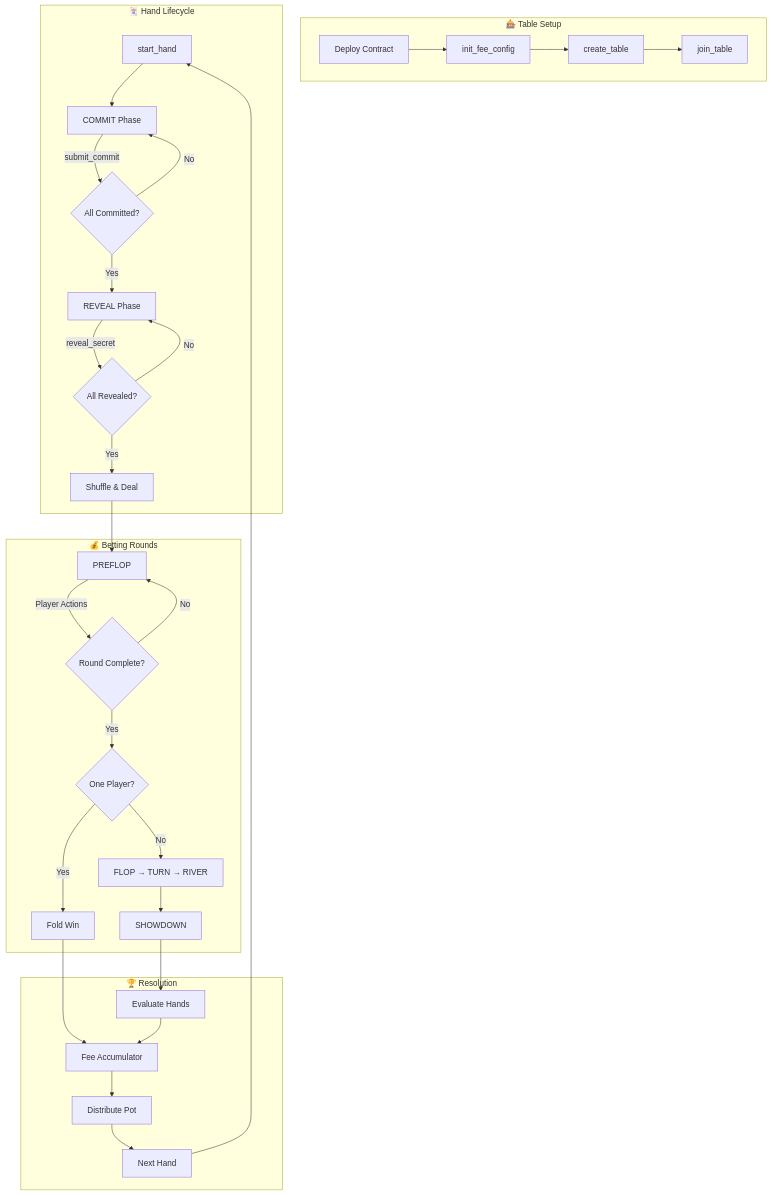
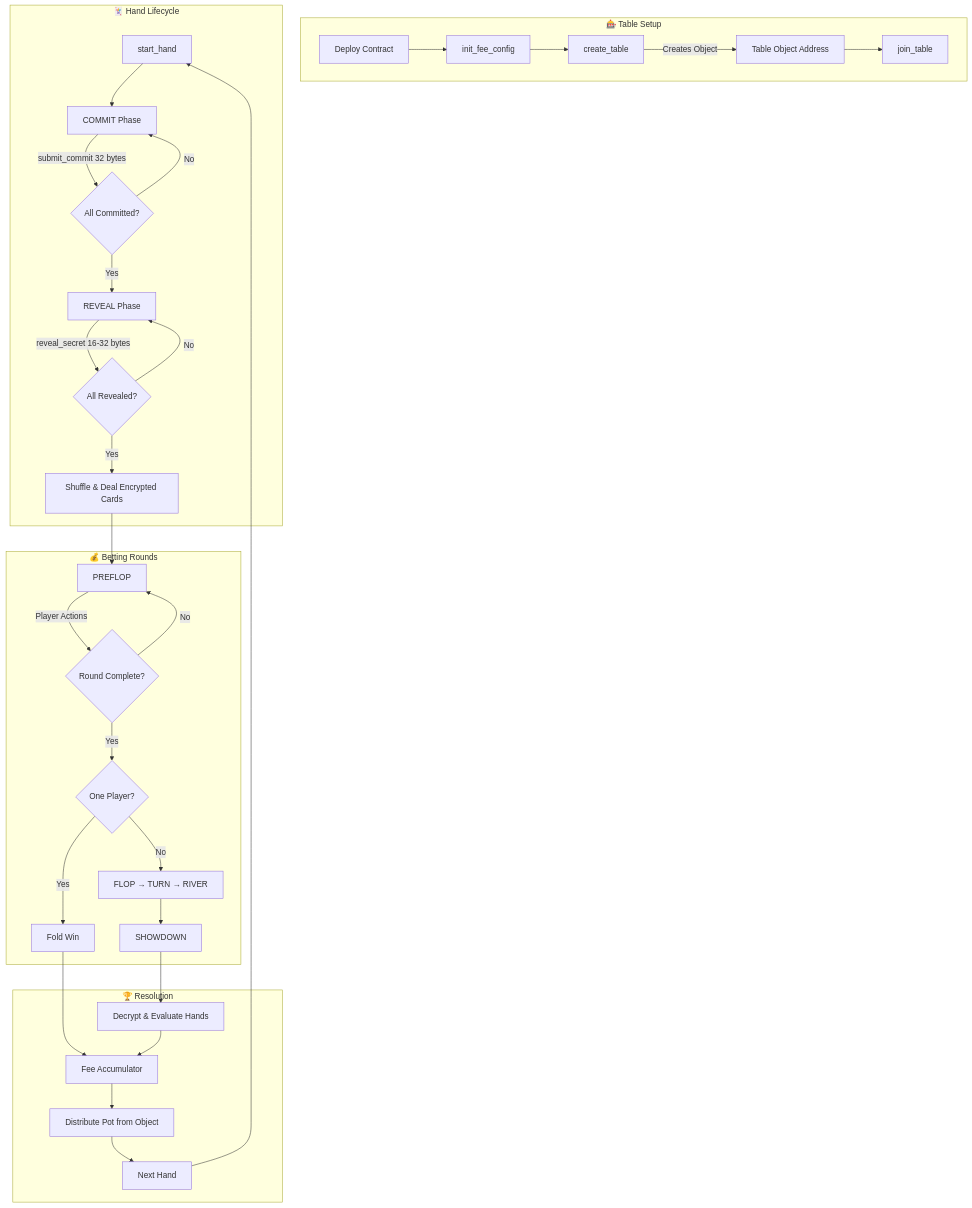
One commit to CryptoAutistic80/5-seat-texas-hold-em changed the second of 2 diagrams in packages/contracts/docs/DOCUMENTATION.md. Above: the diagram before and after it, drawn with Mermaid. The commit also changed other lines of this file and 6 other files, not shown here.

Commit message:
feat: implement encrypted hole cards, non-custodial tables, and exact chip multiple validation.

````diff
--- a/packages/contracts/docs/DOCUMENTATION.md
+++ b/packages/contracts/docs/DOCUMENTATION.md
@@ -31,37 +81,38 @@
 ```mermaid
 flowchart TB
     subgraph Setup["🎰 Table Setup"]
         A[Deploy Contract] --> B[init_fee_config]
         B --> C[create_table]
-        C --> D[join_table]
+        C -->|Creates Object| D[Table Object Address]
+        D --> E[join_table]
     end
     
     subgraph HandFlow["🃏 Hand Lifecycle"]
-        E[start_hand] --> F[COMMIT Phase]
-        F -->|submit_commit| G{All Committed?}
-        G -->|No| F
-        G -->|Yes| H[REVEAL Phase]
-        H -->|reveal_secret| I{All Revealed?}
-        I -->|No| H
-        I -->|Yes| J[Shuffle & Deal]
+        F[start_hand] --> G[COMMIT Phase]
+        G -->|submit_commit 32 bytes| H{All Committed?}
+        H -->|No| G
+        H -->|Yes| I[REVEAL Phase]
+        I -->|reveal_secret 16-32 bytes| J{All Revealed?}
+        J -->|No| I
+        J -->|Yes| K[Shuffle & Deal Encrypted Cards]
     end
     
     subgraph Betting["💰 Betting Rounds"]
-        J --> K[PREFLOP]
-        K -->|Player Actions| L{Round Complete?}
-        L -->|No| K
-        L -->|Yes| M{One Player?}
-        M -->|Yes| R[Fold Win]
-        M -->|No| N[FLOP → TURN → RIVER]
-        N --> Q[SHOWDOWN]
+        K --> L[PREFLOP]
+        L -->|Player Actions| M{Round Complete?}
+        M -->|No| L
+        M -->|Yes| N{One Player?}
+        N -->|Yes| R[Fold Win]
+        N -->|No| O[FLOP → TURN → RIVER]
+        O --> Q[SHOWDOWN]
     end
     
     subgraph Resolution["🏆 Resolution"]
-        Q --> S[Evaluate Hands]
+        Q --> S[Decrypt & Evaluate Hands]
         R --> T[Fee Accumulator]
         S --> T
-        T --> U[Distribute Pot]
+        T --> U[Distribute Pot from Object]
         U --> V[Next Hand]
-        V --> E
+        V --> F
     end
 ```
````
